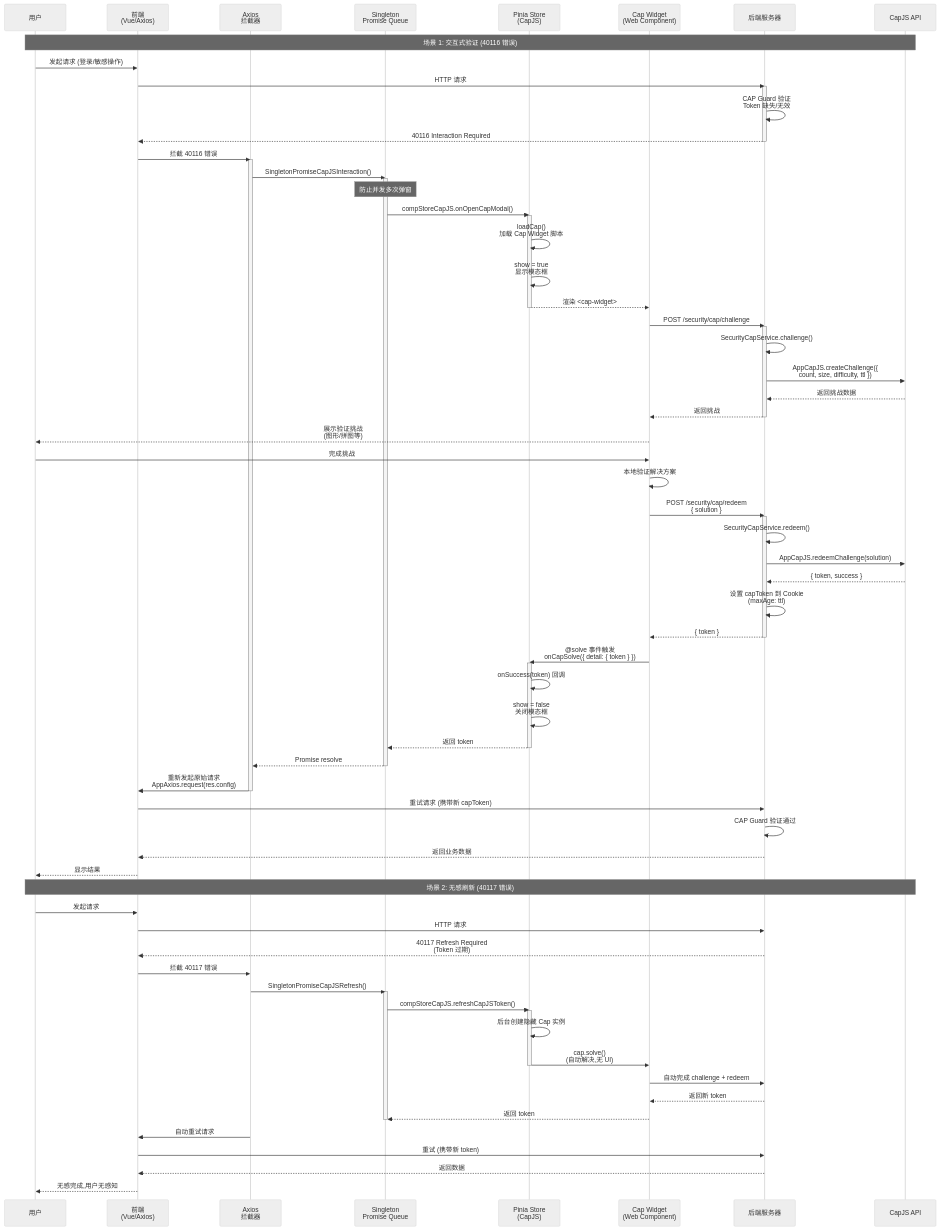
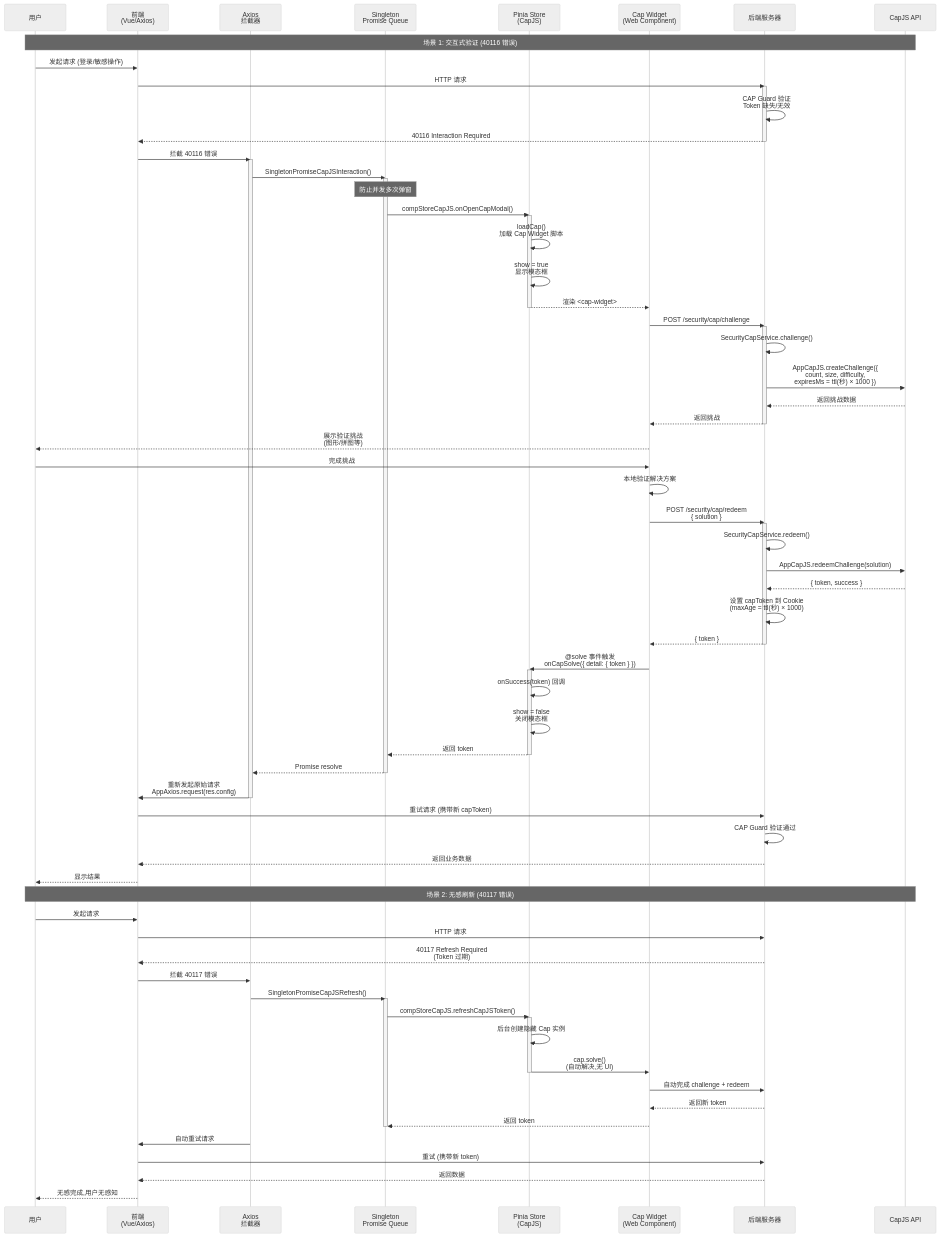
The second of 2 diagrams in apps/docs/src/zh-CN/content/shared/capjs.md (walnut-admin/walnut-admin), drawn with Mermaid (neutral theme) before and after one commit. The commit also changed 17 other files, not shown here.

First line of the commit message:
fix(server): CAP 配置三单位归一、缓存窗口对齐 token 寿命、Lock 判空修正

```diff
--- a/apps/docs/src/zh-CN/content/shared/capjs.md
+++ b/apps/docs/src/zh-CN/content/shared/capjs.md
@@ -146,7 +146,7 @@
     Widget->>Server: POST /security/cap/challenge
     activate Server
     Server->>Server: SecurityCapService.challenge()
-    Server->>CapAPI: AppCapJS.createChallenge({<br/>  count, size, difficulty, ttl })
+    Server->>CapAPI: AppCapJS.createChallenge({<br/>  count, size, difficulty,<br/>  expiresMs = ttl(秒) × 1000 })
     CapAPI-->>Server: 返回挑战数据
     Server-->>Widget: 返回挑战
     deactivate Server
@@ -161,7 +161,7 @@
     Server->>Server: SecurityCapService.redeem()
     Server->>CapAPI: AppCapJS.redeemChallenge(solution)
     CapAPI-->>Server: { token, success }
-    Server->>Server: 设置 capToken 到 Cookie<br/>(maxAge: ttl)
+    Server->>Server: 设置 capToken 到 Cookie<br/>(maxAge = ttl(秒) × 1000)
     Server-->>Widget: { token }
     deactivate Server
 
```
